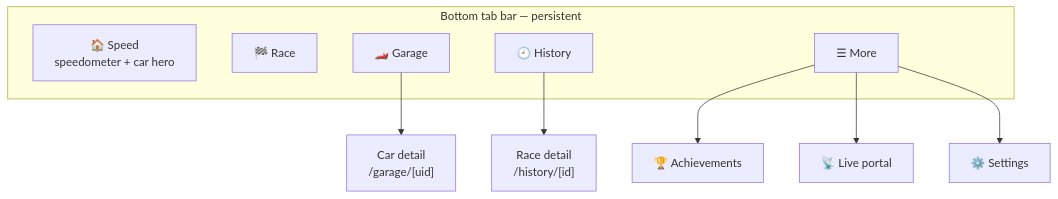
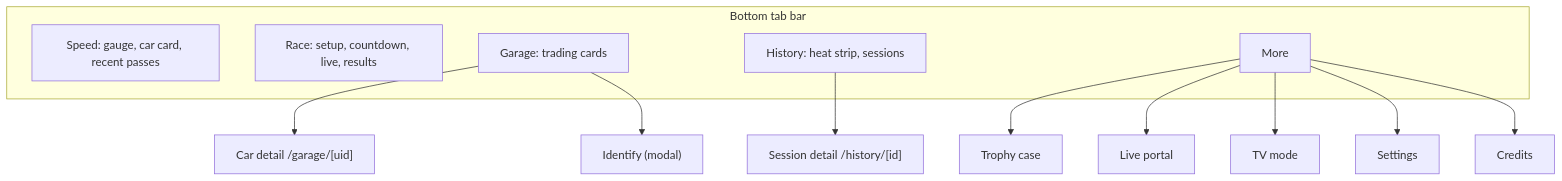
One commit to burkben/HotWheelsID changed the diagram in docs/architecture/design-language.md. Above: the diagram before and after it, drawn with Mermaid. The commit also changed other lines of this file and 5 other files, not shown here.

````diff
--- a/docs/architecture/design-language.md
+++ b/docs/architecture/design-language.md
@@ -159,15 +143,18 @@
 ```mermaid
 flowchart TD
-    subgraph Tabs["Bottom tab bar — persistent"]
-        Speed["🏠 Speed<br/>speedometer + car hero"]
-        Race["🏁 Race"]
-        Garage["🏎️ Garage"]
-        History["🕘 History"]
-        More["☰ More"]
+    subgraph Tabs["Bottom tab bar"]
+        Speed["Speed: gauge, car card, recent passes"]
+        Race["Race: setup, countdown, live, results"]
+        Garage["Garage: trading cards"]
+        History["History: heat strip, sessions"]
+        More["More"]
     end
-    More --> Ach["🏆 Achievements"]
-    More --> Live["📡 Live portal"]
-    More --> Settings["⚙️ Settings"]
-    Garage --> CarDetail["Car detail<br/>/garage/[uid]"]
-    History --> RaceDetail["Race detail<br/>/history/[id]"]
+    More --> Trophy["Trophy case"]
+    More --> Live["Live portal"]
+    More --> TV["TV mode"]
+    More --> Settings["Settings"]
+    More --> Credits["Credits"]
+    Garage --> CarDetail["Car detail /garage/[uid]"]
+    Garage --> Identify["Identify (modal)"]
+    History --> SessionDetail["Session detail /history/[id]"]
 ```
````
